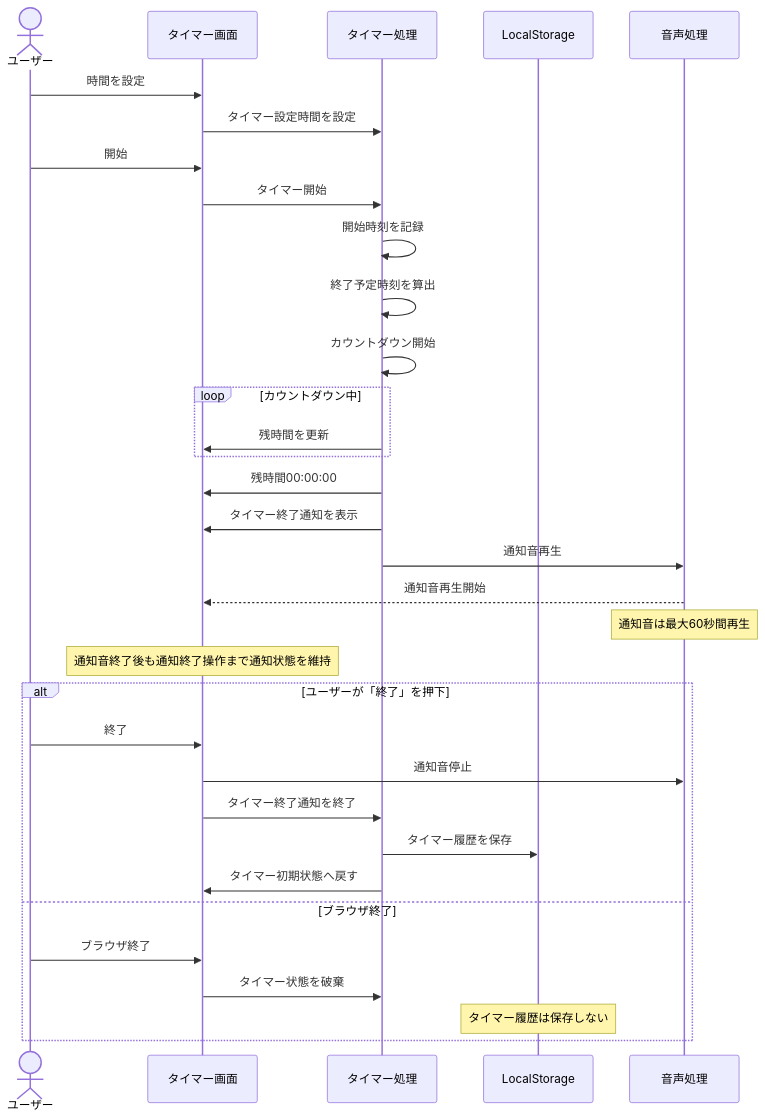
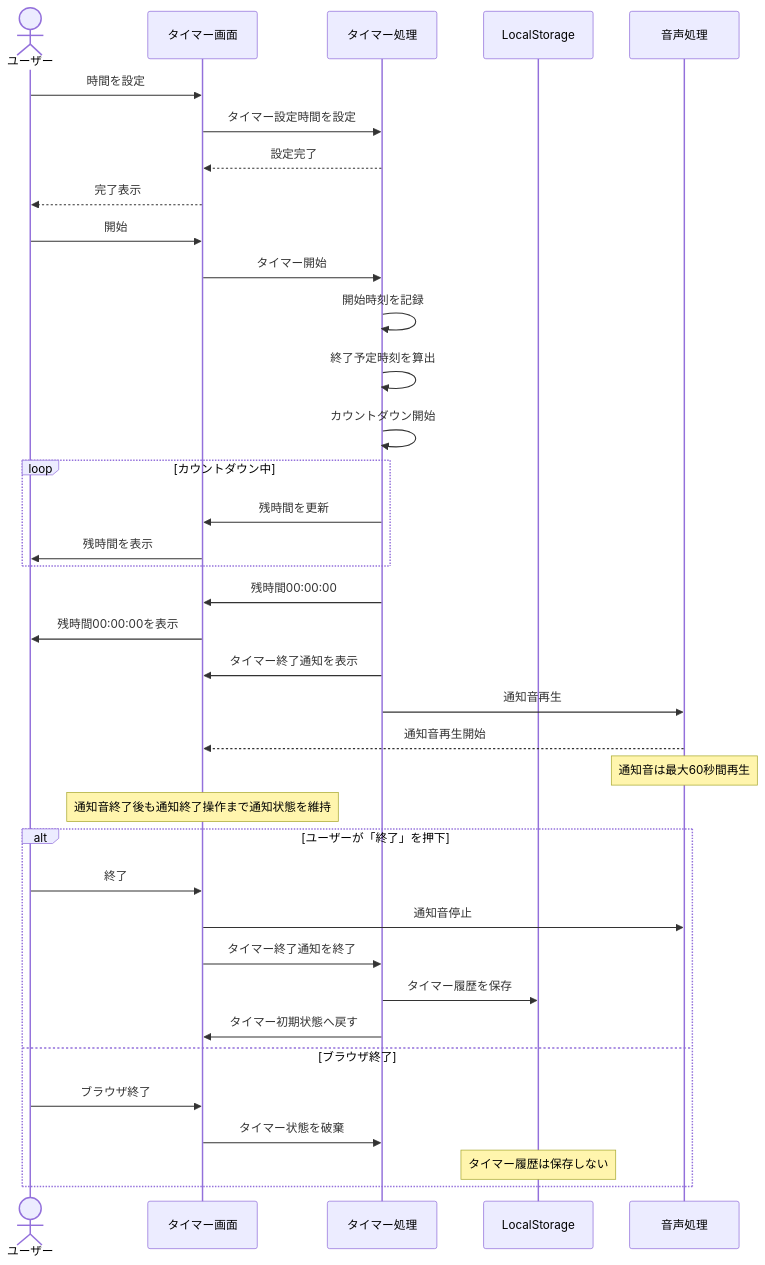
One commit to shun62201234-crypto/timerApplication changed the first of 5 diagrams in document/設計/シーケンス図/タイマーシーケンス図.md. Above: the diagram before and after it, drawn with Mermaid. The commit also changed other lines of this file and 3 other files, not shown here.

````diff
--- a/document/設計/シーケンス図/タイマーシーケンス図.md
+++ b/document/設計/シーケンス図/タイマーシーケンス図.md
@@ -5,41 +5,46 @@
 ```mermaid
 sequenceDiagram
     actor ユーザー
     participant UI as タイマー画面
     participant Timer as タイマー処理
     participant Storage as LocalStorage
     participant Audio as 音声処理
 
     ユーザー->>UI: 時間を設定
     UI->>Timer: タイマー設定時間を設定
+    Timer-->>UI: 設定完了
+    UI-->>ユーザー: 完了表示
 
     ユーザー->>UI: 開始
     UI->>Timer: タイマー開始
     Timer->>Timer: 開始時刻を記録
     Timer->>Timer: 終了予定時刻を算出
     Timer->>Timer: カウントダウン開始
 
     loop カウントダウン中
         Timer->>UI: 残時間を更新
+        UI->>ユーザー: 残時間を表示
     end
 
+
     Timer->>UI: 残時間00:00:00
+    UI->>ユーザー:残時間00:00:00を表示
     Timer->>UI: タイマー終了通知を表示
     Timer->>Audio: 通知音再生
     Audio-->>UI: 通知音再生開始
 
     Note over Audio: 通知音は最大60秒間再生
     Note over UI: 通知音終了後も通知終了操作まで通知状態を維持
 
     alt ユーザーが「終了」を押下
         ユーザー->>UI: 終了
         UI->>Audio: 通知音停止
         UI->>Timer: タイマー終了通知を終了
         Timer->>Storage: タイマー履歴を保存
         Timer->>UI: タイマー初期状態へ戻す
     else ブラウザ終了
         ユーザー->>UI: ブラウザ終了
         UI->>Timer: タイマー状態を破棄
         Note over Storage: タイマー履歴は保存しない
     end
 ```
````
